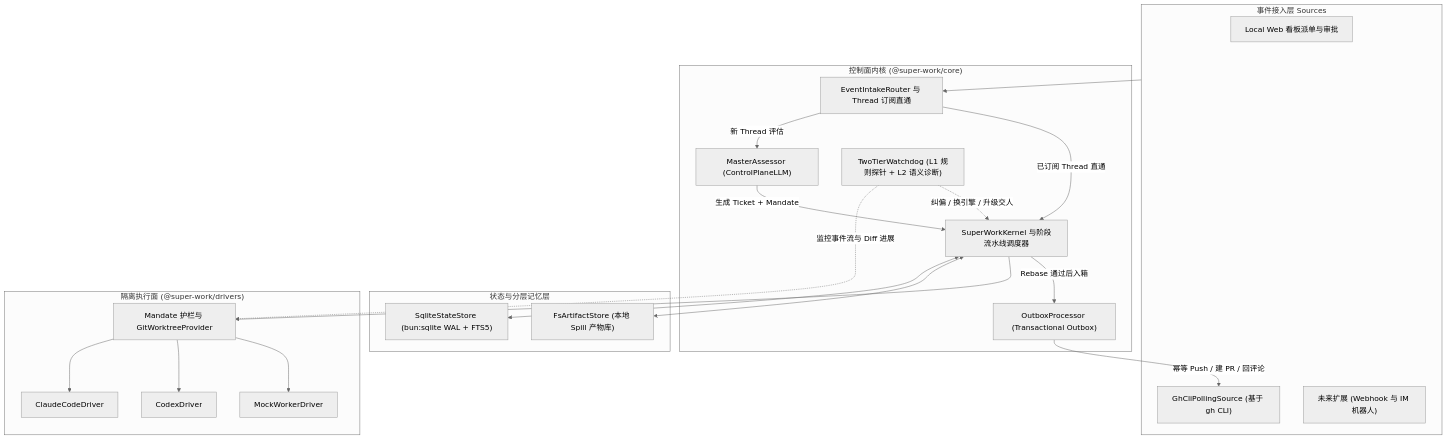
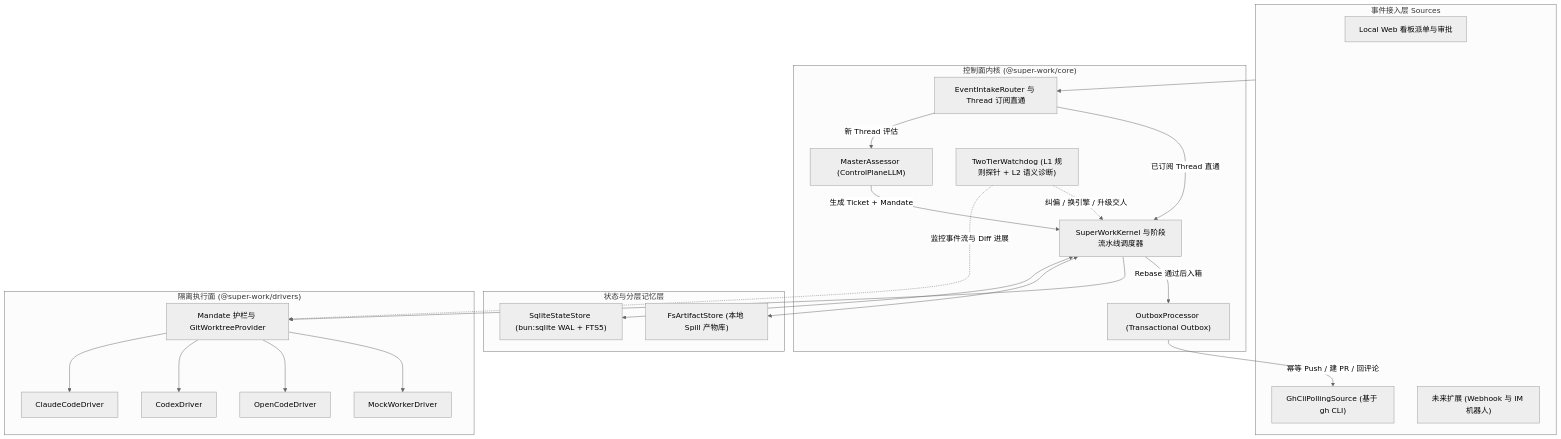
The first of 2 diagrams in ARCHITECTURE.zh-CN.md (WangShayne/super-work), drawn with Mermaid (neutral theme) before and after one commit. The commit also changed other lines of this file and 34 other files, not shown here.

First line of the commit message:
feat: release v0.2.0 with OpenCodeDriver, repo preferences, and worktree GC

````diff
--- a/ARCHITECTURE.zh-CN.md
+++ b/ARCHITECTURE.zh-CN.md
@@ -13,43 +13,45 @@
 ```mermaid
 flowchart TB
     subgraph Sources["事件接入层 Sources"]
         WebInput["Local Web 看板派单与审批"]
         GhPoller["GhCliPollingSource (基于 gh CLI)"]
         ExtHook["未来扩展 (Webhook 与 IM 机器人)"]
     end
 
     subgraph ControlPlane["控制面内核 (@super-work/core)"]
         Intake["EventIntakeRouter 与 Thread 订阅直通"]
         Assessor["MasterAssessor (ControlPlaneLLM)"]
         Scheduler["SuperWorkKernel 与阶段流水线调度器"]
         Watchdog["TwoTierWatchdog (L1 规则探针 + L2 语义诊断)"]
         Outbox["OutboxProcessor (Transactional Outbox)"]
     end
 
     subgraph MemoryState["状态与分层记忆层"]
         SQLite["SqliteStateStore (bun:sqlite WAL + FTS5)"]
         SpillStore["FsArtifactStore (本地 Spill 产物库)"]
     end
 
     subgraph DataPlane["隔离执行面 (@super-work/drivers)"]
         MandateGuard["Mandate 护栏与 GitWorktreeProvider"]
         Claude["ClaudeCodeDriver"]
         Codex["CodexDriver"]
+        OpenCode["OpenCodeDriver"]
         Mock["MockWorkerDriver"]
     end
 
     Sources --> Intake
     Intake -->|"新 Thread 评估"| Assessor
     Intake -->|"已订阅 Thread 直通"| Scheduler
     Assessor -->|"生成 Ticket + Mandate"| Scheduler
     Scheduler <--> SQLite
     Scheduler <--> SpillStore
     Scheduler --> MandateGuard
     MandateGuard --> Claude
     MandateGuard --> Codex
+    MandateGuard --> OpenCode
     MandateGuard --> Mock
     Watchdog -.->|"监控事件流与 Diff 进展"| MandateGuard
     Watchdog -.->|"纠偏 / 换引擎 / 升级交人"| Scheduler
     Scheduler -->|"Rebase 通过后入箱"| Outbox
     Outbox -->|"幂等 Push / 建 PR / 回评论"| GhPoller
 ```
````
